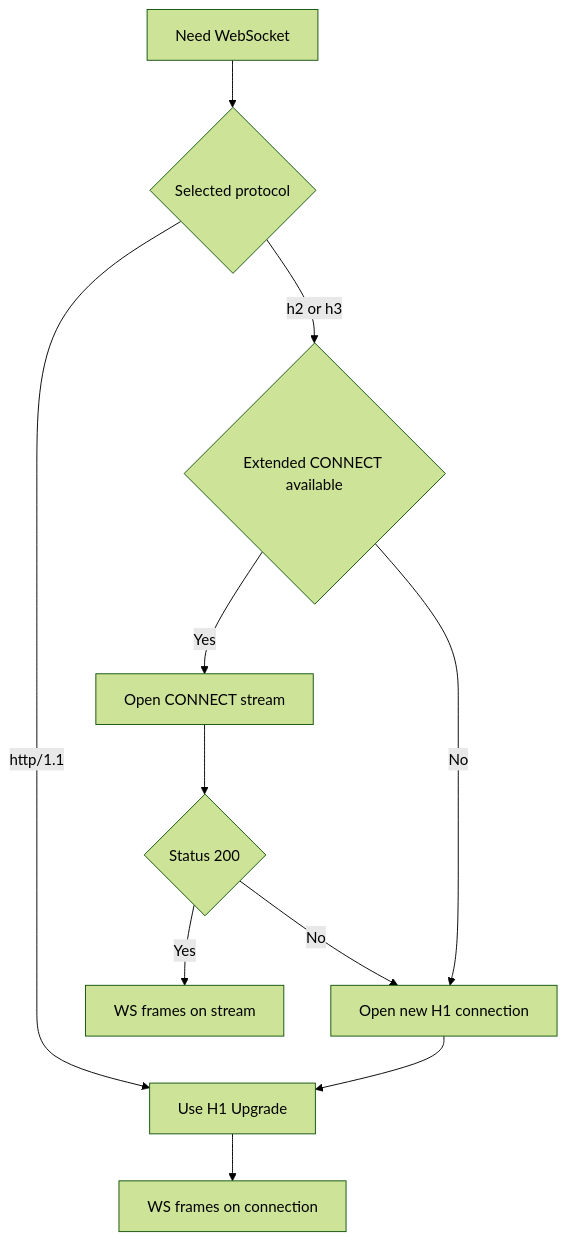
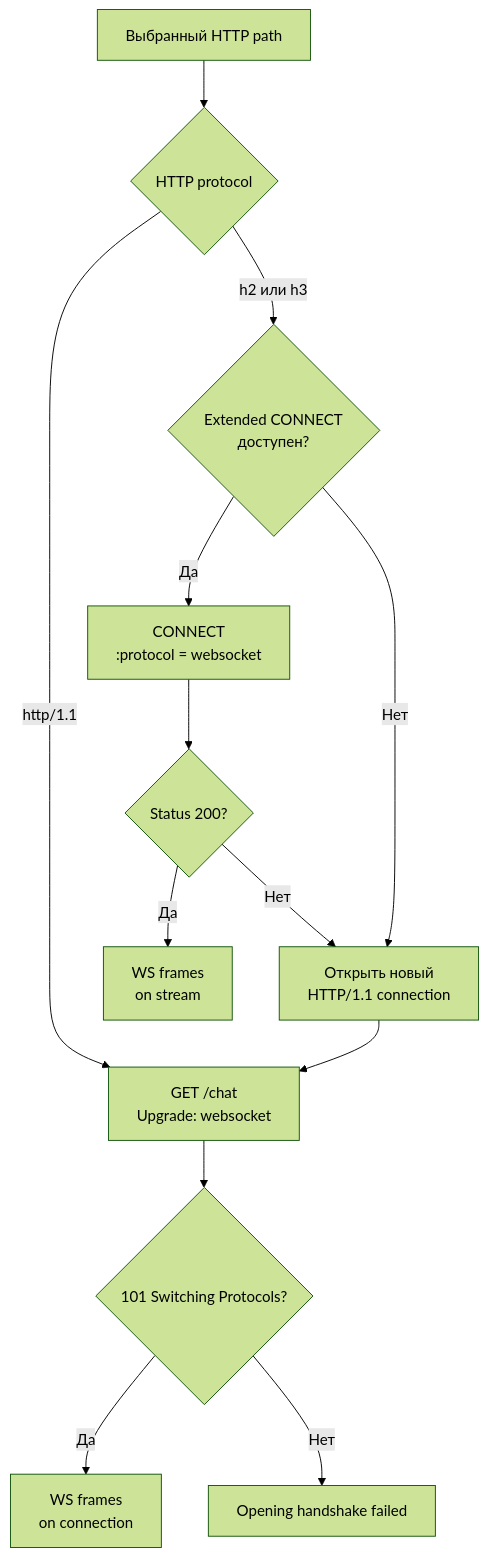
One commit to Un1oR/swe-knowledge-base changed diagram 11 of 12 in docs/websocket-http-tls.md. Above: the diagram before and after it, drawn with Mermaid (forest theme). The commit also changed other lines of this file, not shown here.

First line of the commit message:
docs: clarify WebSocket fallback over HTTP versions

````diff
--- a/docs/websocket-http-tls.md
+++ b/docs/websocket-http-tls.md
@@ -1199,13 +1262,17 @@
 ```{mermaid}
 flowchart TD
-    Start[Need WebSocket] --> Alpn{Selected protocol}
-    Alpn -->|http/1.1| H1[Use H1 Upgrade]
-    Alpn -->|h2 or h3| Ext{Extended CONNECT available}
-    Ext -->|Yes| Conn[Open CONNECT stream]
-    Conn --> Ok{Status 200}
-    Ok -->|Yes| Stream[WS frames on stream]
-    Ok -->|No| NewConn[Open new H1 connection]
-    Ext -->|No| NewConn
-    NewConn --> H1
-    H1 --> Classic[WS frames on connection]
+    Path["Выбранный HTTP path"] --> Proto{"HTTP protocol"}
+
+    Proto -->|http/1.1| H1["GET /chat<br/>Upgrade: websocket"]
+    H1 --> H1101{"101 Switching Protocols?"}
+    H1101 -->|Да| Classic["WS frames<br/>on connection"]
+    H1101 -->|Нет| Fail["Opening handshake failed"]
+
+    Proto -->|h2 или h3| Ext{"Extended CONNECT<br/>доступен?"}
+    Ext -->|Да| Connect["CONNECT<br/>:protocol = websocket"]
+    Connect --> Status{"Status 200?"}
+    Status -->|Да| Stream["WS frames<br/>on stream"]
+    Status -->|Нет| NewH1["Открыть новый<br/>HTTP/1.1 connection"]
+    Ext -->|Нет| NewH1
+    NewH1 --> H1
 ```
````
